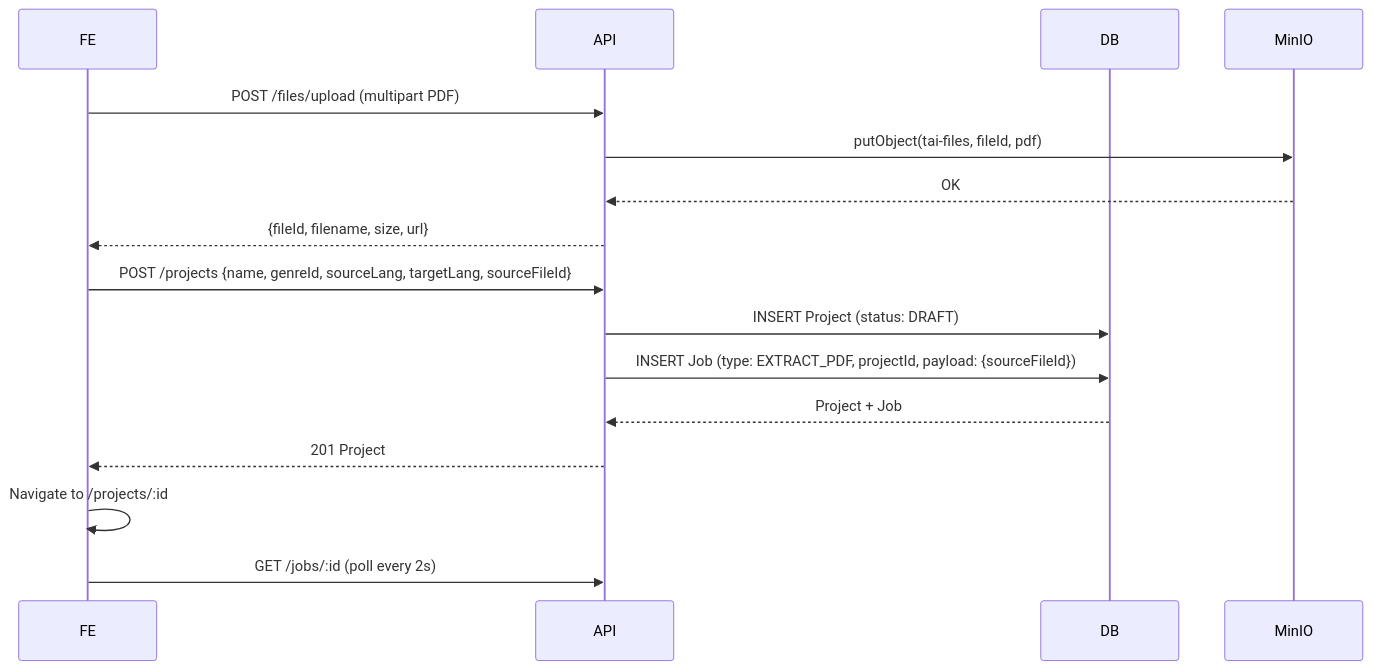
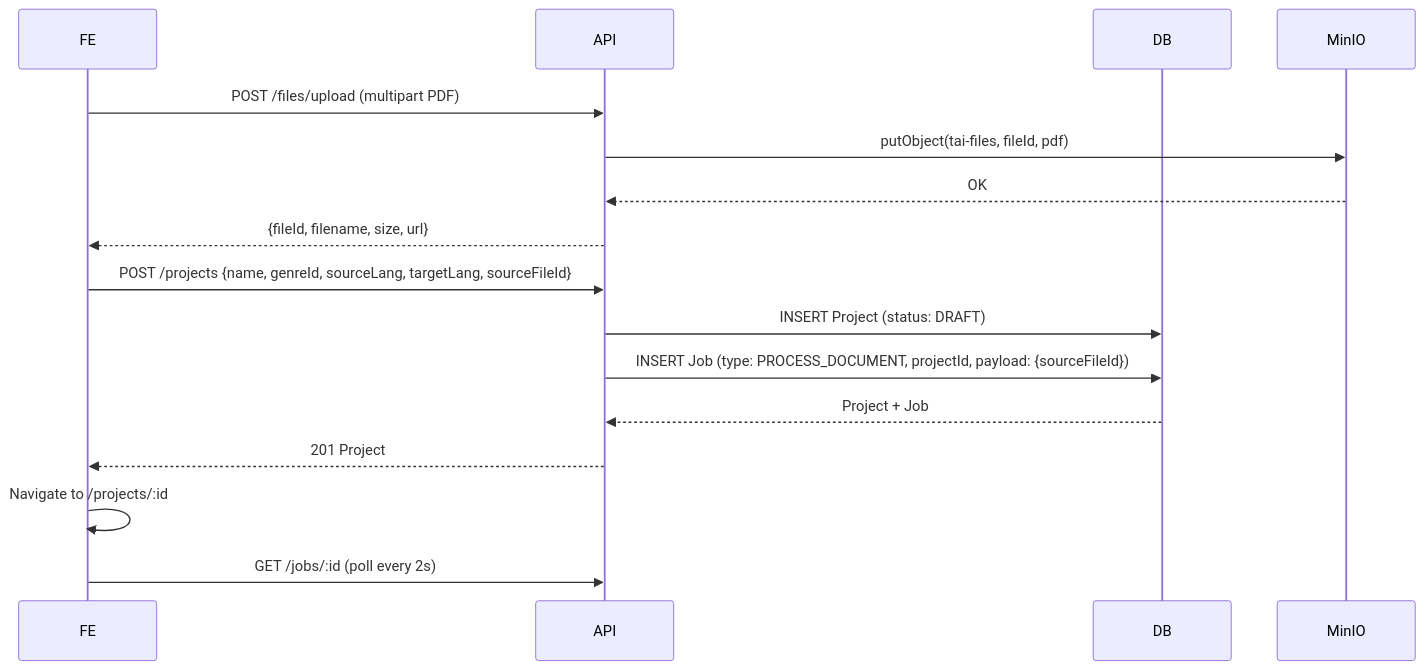
The fourth of 32 diagrams in .spec/08-sequences.md (ArulRozario/tAi), drawn with Mermaid before and after one commit. The commit also changed other lines of this file and 195 other files, not shown here.

````diff
--- a/.spec/08-sequences.md
+++ b/.spec/08-sequences.md
@@ -91,21 +91,21 @@
 ```mermaid
 sequenceDiagram
     participant FE
     participant API
     participant DB
     participant MinIO
 
     FE->>API: POST /files/upload (multipart PDF)
     API->>MinIO: putObject(tai-files, fileId, pdf)
     MinIO-->>API: OK
     API-->>FE: {fileId, filename, size, url}
 
     FE->>API: POST /projects {name, genreId, sourceLang, targetLang, sourceFileId}
     API->>DB: INSERT Project (status: DRAFT)
-    API->>DB: INSERT Job (type: EXTRACT_PDF, projectId, payload: {sourceFileId})
+    API->>DB: INSERT Job (type: PROCESS_DOCUMENT, projectId, payload: {sourceFileId})
     DB-->>API: Project + Job
     API-->>FE: 201 Project
 
     FE->>FE: Navigate to /projects/:id
     FE->>API: GET /jobs/:id (poll every 2s)
 ```
````
